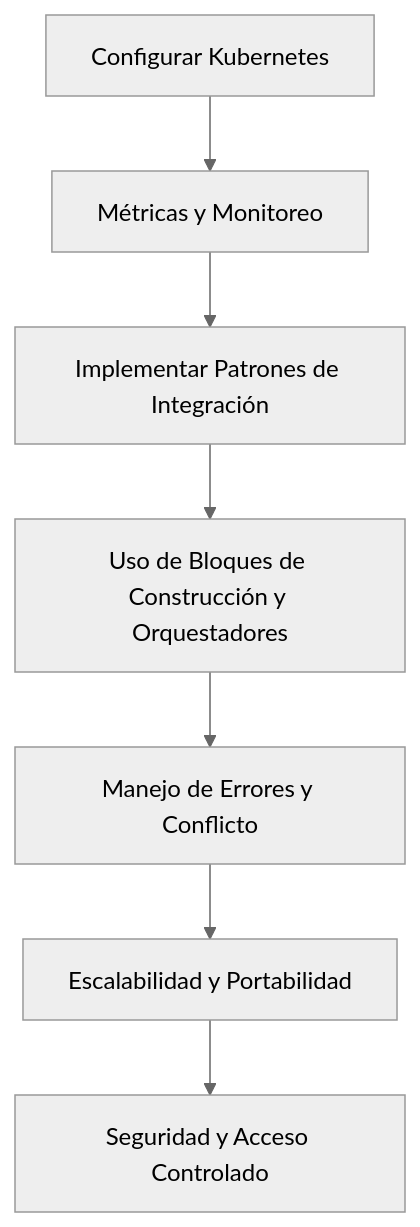
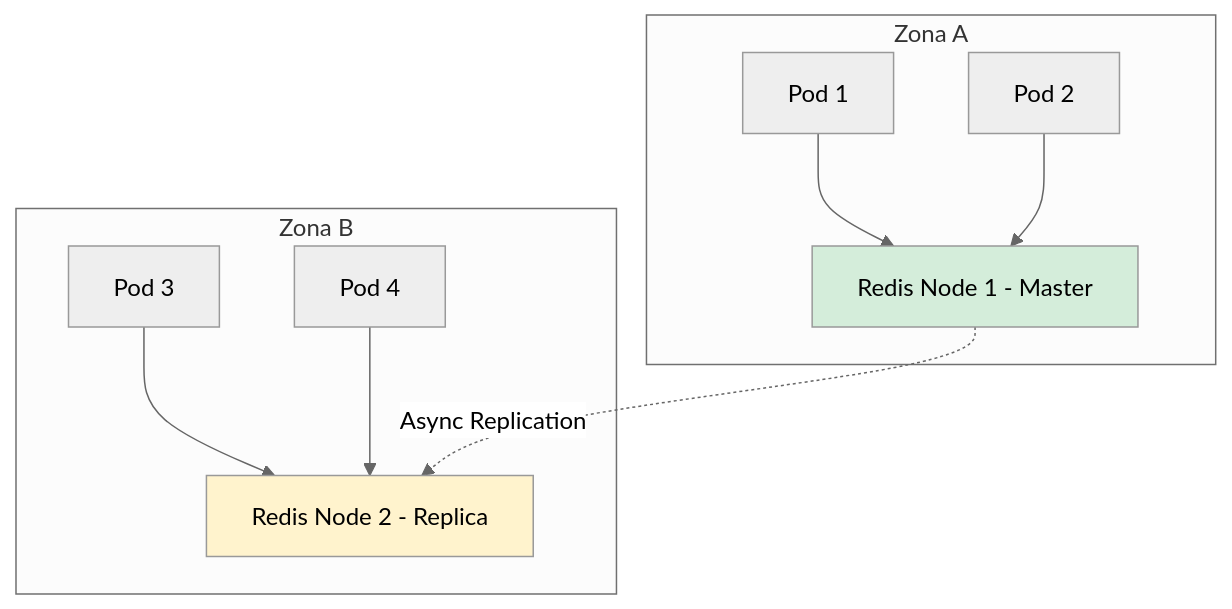
Before and after one commit to Joaquinriosheredia/DAM-Java-Mastery: the third of 4 diagrams in _Review/distributed_locks_y_coordinacion_distribuida/distributed_locks_y_coordinacion_distribuida.md, drawn with Mermaid (neutral theme). The commit also changed other lines of this file, not shown here.

````diff
--- a/_Review/distributed_locks_y_coordinacion_distribuida/distributed_locks_y_coordinacion_distribuida.md
+++ b/_Review/distributed_locks_y_coordinacion_distribuida/distributed_locks_y_coordinacion_distribuida.md
@@ -643,9 +357,14 @@
 ```mermaid
 graph TD
-    A[Configurar Kubernetes] --> B[Métricas y Monitoreo]
-    B --> C[Implementar Patrones de Integración]
-    C --> D[Uso de Bloques de Construcción y Orquestadores]
-    D --> E[Manejo de Errores y Conflicto]
-    E --> F[Escalabilidad y Portabilidad]
-    F --> G[Seguridad y Acceso Controlado]
+    subgraph Zona A
+        P1[Pod 1] --> RC_A[Redis Node 1 - Master]
+        P2[Pod 2] --> RC_A
+    end
+    subgraph Zona B
+        P3[Pod 3] --> RC_B[Redis Node 2 - Replica]
+        P4[Pod 4] --> RC_B
+    end
+    RC_A -.->|Async Replication| RC_B
+    style RC_A fill:#d4edda
+    style RC_B fill:#fff3cd
 ```
````
